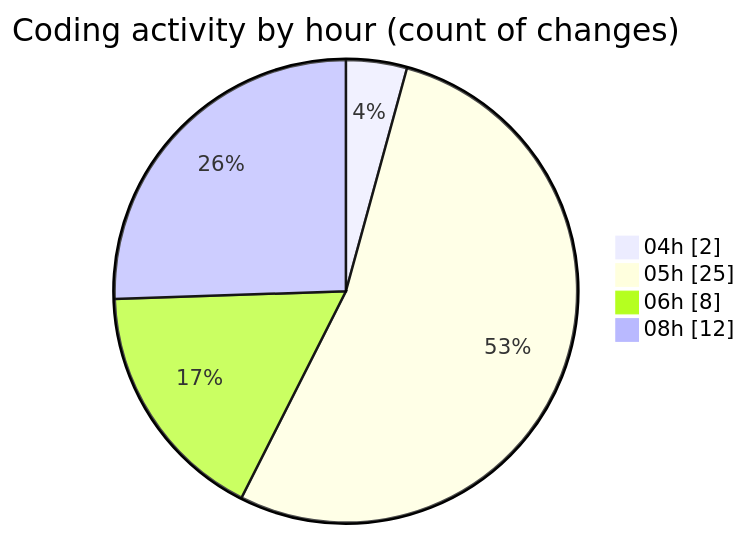
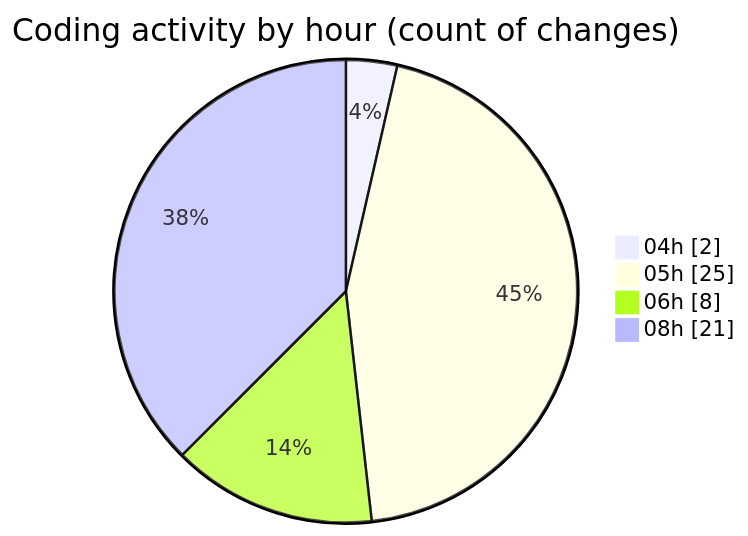
Before and after one commit to 3Nya3/code-tracking: the second of 2 diagrams in 2024-12-31/nyah/README.md, drawn with Mermaid. The commit also changed other lines of this file and 1 other file, not shown here.

````diff
--- a/2024-12-31/nyah/README.md
+++ b/2024-12-31/nyah/README.md
@@ -33,8 +33,8 @@
 ```mermaid
 pie showData
 title Coding activity by hour (count of changes)
 "04h" : 2
 "05h" : 25
 "06h" : 8
-"08h" : 12
+"08h" : 21
 ```
````
